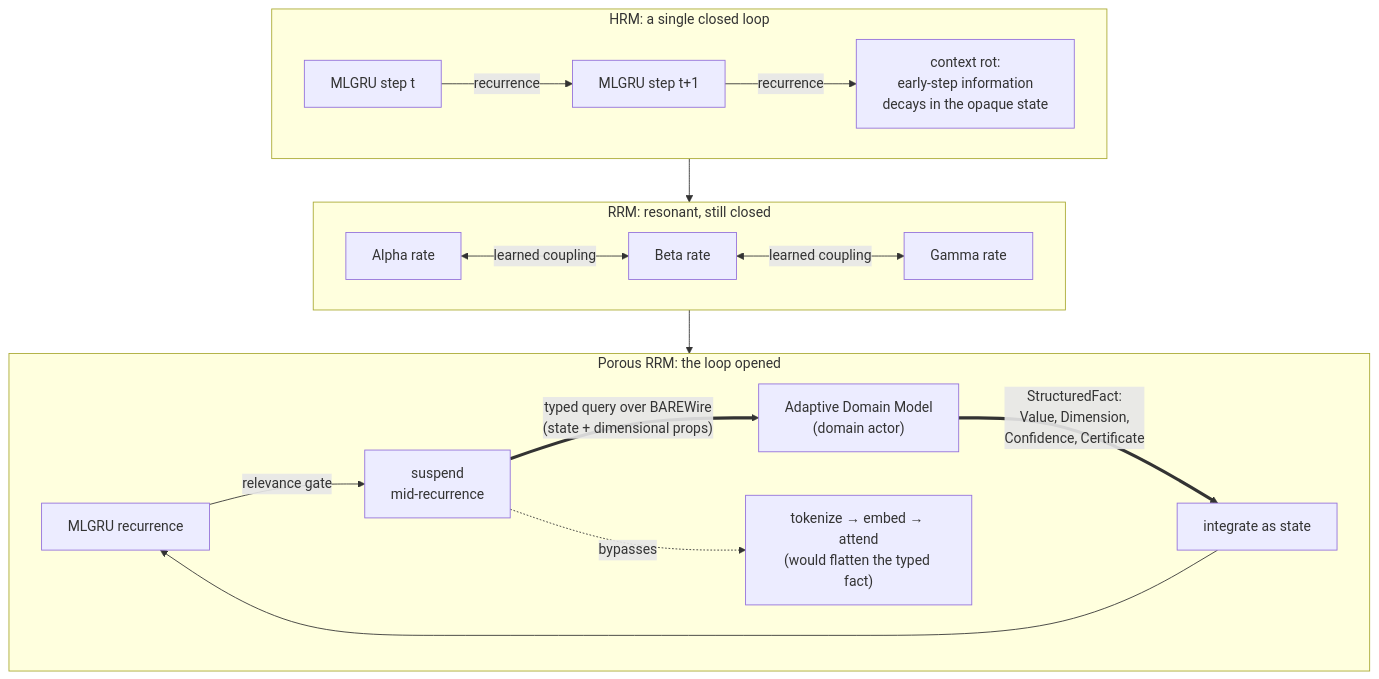
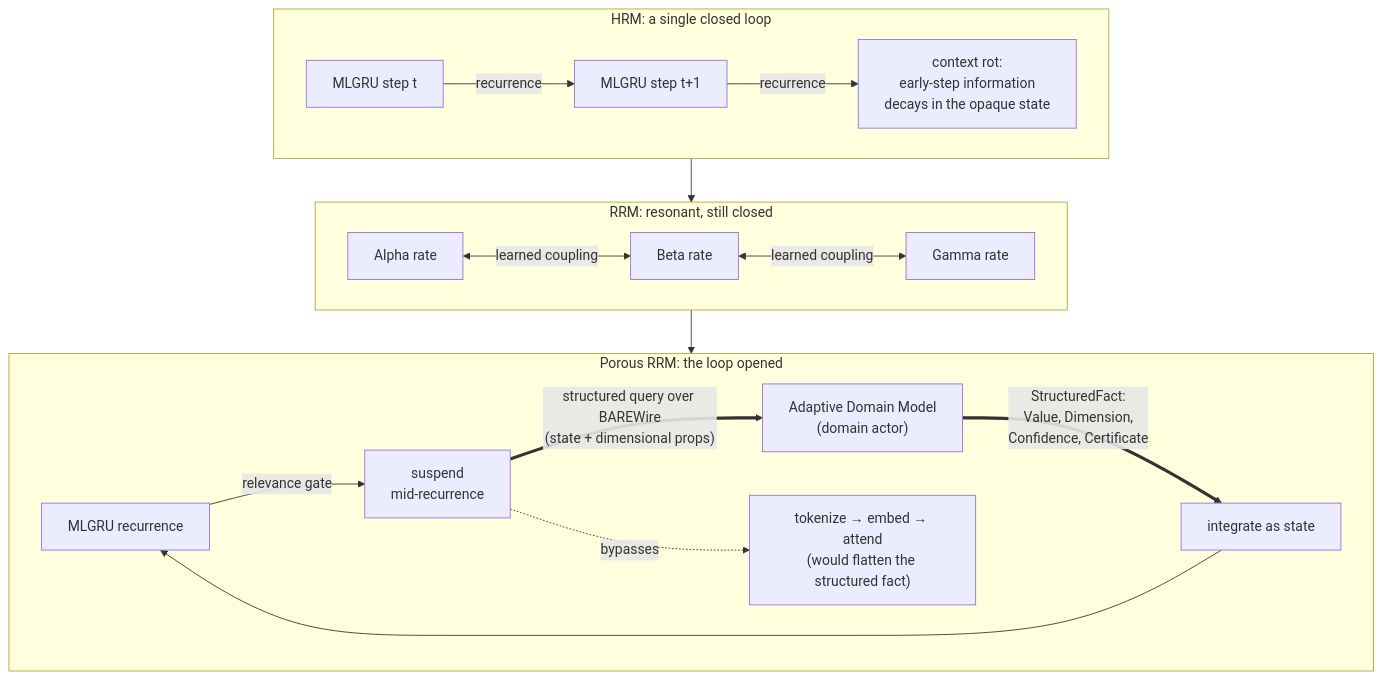
The diagram in hugo/content/docs/design/constrained-machine-learning/managing-context.md (FidelityFramework/clef-lang-site), drawn with Mermaid before and after one commit. The commit also changed other lines of this file and 8 other files, not shown here.

````diff
--- a/hugo/content/docs/design/constrained-machine-learning/managing-context.md
+++ b/hugo/content/docs/design/constrained-machine-learning/managing-context.md
@@ -25,19 +25,19 @@
 ```mermaid
 flowchart TB
     subgraph HRM["HRM: a single closed loop"]
         H1["MLGRU step t"] -->|recurrence| H2["MLGRU step t+1"]
         H2 -->|recurrence| HROT["context rot:<br/>early-step information<br/>decays in the opaque state"]
     end
     subgraph RRM["RRM: resonant, still closed"]
         A["Alpha rate"] <-->|learned coupling| B["Beta rate"]
         B <-->|learned coupling| G["Gamma rate"]
     end
     subgraph POR["Porous RRM: the loop opened"]
         P1["MLGRU recurrence"] -->|relevance gate| SUSP["suspend<br/>mid-recurrence"]
-        SUSP ==>|"typed query over BAREWire<br/>(state + dimensional props)"| ADM["Adaptive Domain Model<br/>(domain actor)"]
+        SUSP ==>|"structured query over BAREWire<br/>(state + dimensional props)"| ADM["Adaptive Domain Model<br/>(domain actor)"]
         ADM ==>|"StructuredFact:<br/>Value, Dimension,<br/>Confidence, Certificate"| INTEG["integrate as state"]
         INTEG --> P1
-        SUSP -.bypasses.-> SKIP["tokenize → embed → attend<br/>(would flatten the typed fact)"]
+        SUSP -.bypasses.-> SKIP["tokenize → embed → attend<br/>(would flatten the structured fact)"]
     end
     HRM --> RRM --> POR
 ```
````
